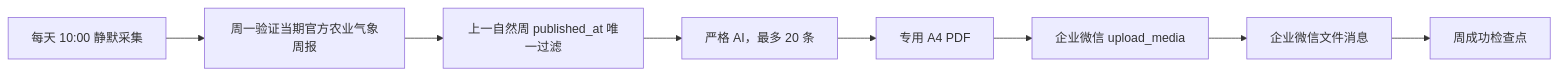
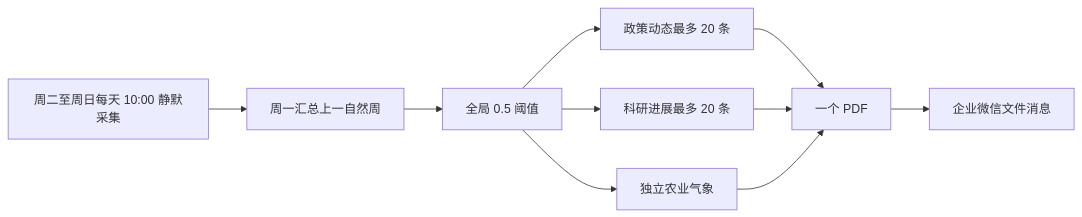
Before and after one commit to zzzseeu/TrendRadar: the diagram in docs/news-push-technical-implementation.md, drawn with Mermaid. The commit also changed other lines of this file and 5 other files, not shown here.

````diff
--- a/docs/news-push-technical-implementation.md
+++ b/docs/news-push-technical-implementation.md
@@ -7,10 +7,12 @@
 ```mermaid
 flowchart LR
-    A[每天 10:00 静默采集] --> B[周一验证当期官方农业气象周报]
-    B --> C[上一自然周 published_at 唯一过滤]
-    C --> D[严格 AI，最多 20 条]
-    D --> E[专用 A4 PDF]
-    E --> F[企业微信 upload_media]
-    F --> G[企业微信文件消息]
-    G --> H[周成功检查点]
+    A[周二至周日每天 10:00 静默采集] --> B[周一汇总上一自然周]
+    B --> C[全局 0.5 阈值]
+    C --> D[政策动态最多 20 条]
+    C --> E[科研进展最多 20 条]
+    C --> F[独立农业气象]
+    D --> G[一个 PDF]
+    E --> G
+    F --> G
+    G --> H[企业微信文件消息]
 ```
````
